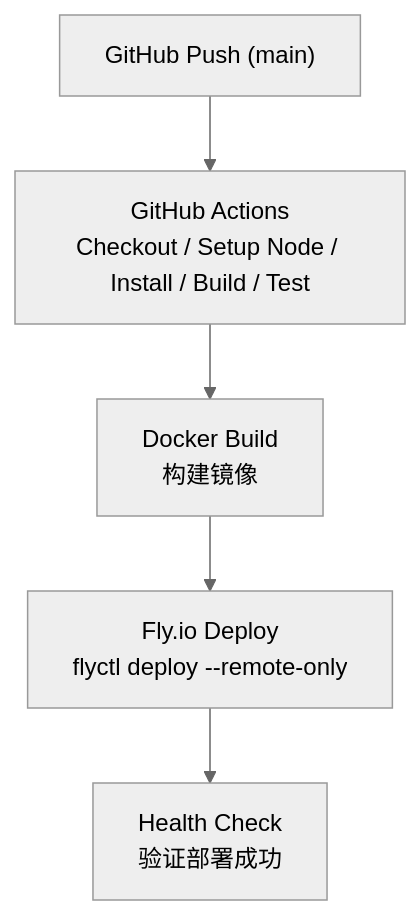
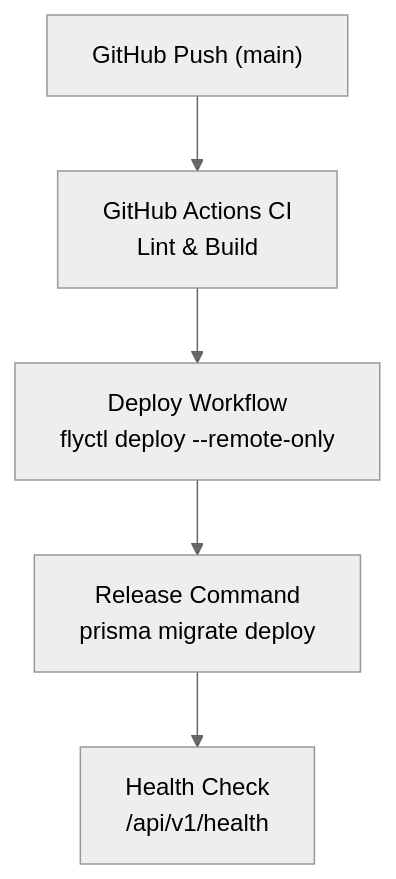
One commit to readmigo/docs changed the third of 3 diagrams in 05-operations/deployment/services/fly-io.md. Above: the diagram before and after it, drawn with Mermaid (neutral theme). The commit also changed other lines of this file and 172 other files, not shown here.

````diff
--- a/05-operations/deployment/services/fly-io.md
+++ b/05-operations/deployment/services/fly-io.md
@@ -178,7 +99,7 @@
 ```mermaid
 graph TD
-    A["GitHub Push (main)"] --> B["GitHub Actions<br>Checkout / Setup Node / Install / Build / Test"]
-    B --> C["Docker Build<br>构建镜像"]
-    C --> D["Fly.io Deploy<br>flyctl deploy --remote-only"]
-    D --> E["Health Check<br>验证部署成功"]
+    A["GitHub Push (main)"] --> B["GitHub Actions CI<br>Lint & Build"]
+    B --> C["Deploy Workflow<br>flyctl deploy --remote-only"]
+    C --> D["Release Command<br>prisma migrate deploy"]
+    D --> E["Health Check<br>/api/v1/health"]
 ```
````
